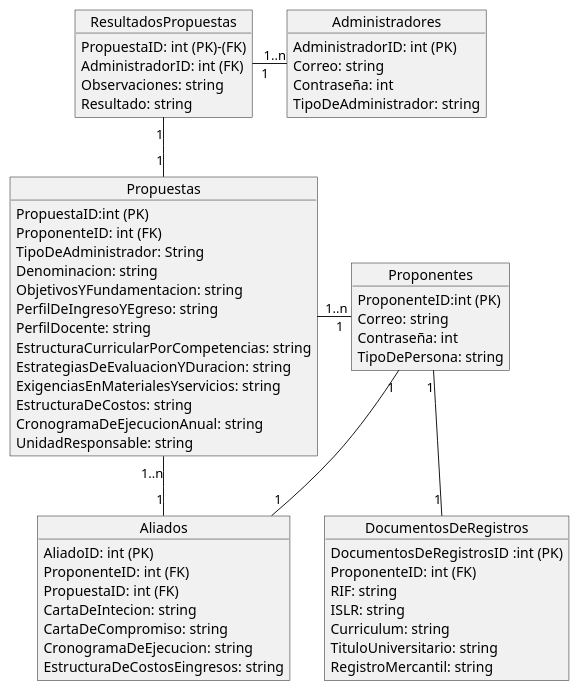
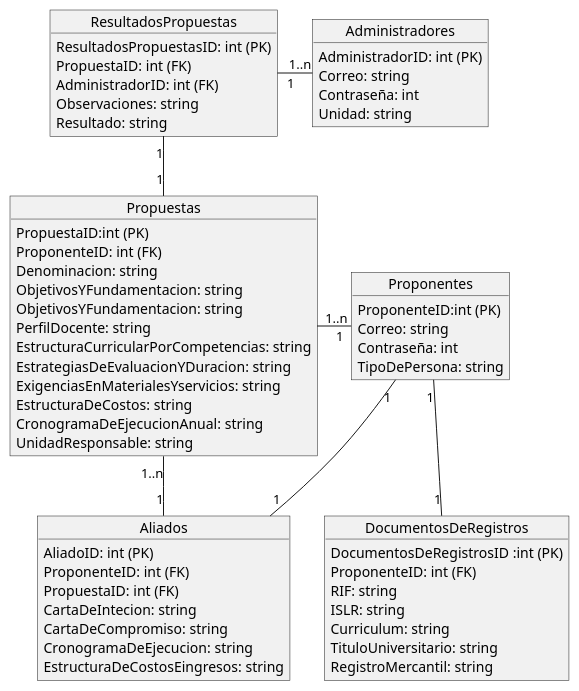
Before and after one commit to edwynG/Proyecto-ingenieria-del-software: the diagram in docs/logicalView/DatabaseDiagram.plantuml, drawn with PlantUML. The commit also changed 18 other files, not shown here.

```diff
--- a/docs/logicalView/DatabaseDiagram.plantuml
+++ b/docs/logicalView/DatabaseDiagram.plantuml
@@ -1,72 +1,72 @@
 @startuml DatabaseDiagram
 
 object Proponentes{
     ProponenteID:int (PK)
     Correo: string
     Contraseña: int
     TipoDePersona: string
 }
 
 object Administradores{
     AdministradorID: int (PK)
     Correo: string
     Contraseña: int
-    TipoDeAdministrador: string
+    Unidad: string
 }
 
 object DocumentosDeRegistros{
     DocumentosDeRegistrosID :int (PK)
     ProponenteID: int (FK)
     RIF: string
     ISLR: string
     Curriculum: string
     TituloUniversitario: string
     RegistroMercantil: string
 }
 
 
 
 object Propuestas{
     PropuestaID:int (PK)
     ProponenteID: int (FK)
-    TipoDeAdministrador: String
     Denominacion: string
     ObjetivosYFundamentacion: string
-    PerfilDeIngresoYEgreso: string
+    ObjetivosYFundamentacion: string
     PerfilDocente: string
     EstructuraCurricularPorCompetencias: string
     EstrategiasDeEvaluacionYDuracion: string
     ExigenciasEnMaterialesYservicios: string
     EstructuraDeCostos: string
     CronogramaDeEjecucionAnual: string
     UnidadResponsable: string
 }
 
 object ResultadosPropuestas{
-    PropuestaID: int (PK)-(FK)
+    ResultadosPropuestasID: int (PK)
+    PropuestaID: int (FK)
     AdministradorID: int (FK)
     Observaciones: string
     Resultado: string
 }
 
 
 object Aliados{
     AliadoID: int (PK)
     ProponenteID: int (FK)
     PropuestaID: int (FK)
     CartaDeIntecion: string
     CartaDeCompromiso: string
     CronogramaDeEjecucion: string
     EstructuraDeCostosEingresos: string
 }
 
 
 
 ResultadosPropuestas "1"--"1" Propuestas
 Administradores "1   "-l- " 1..n" ResultadosPropuestas
 DocumentosDeRegistros "1"-u-"1" Proponentes
 Propuestas "1..n "-r-" 1" Proponentes
 Aliados "1"-u-"1" Proponentes
 Aliados "1"-u-"1..n" Propuestas
 
 @enduml
```
